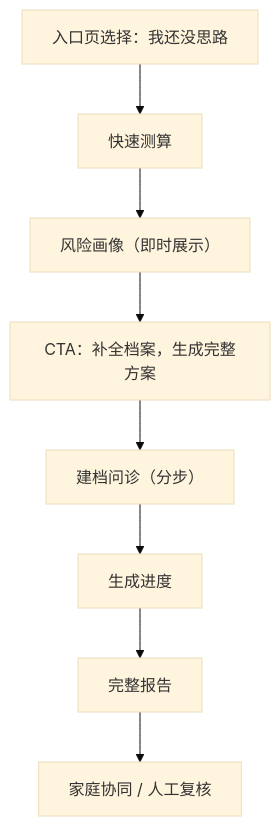
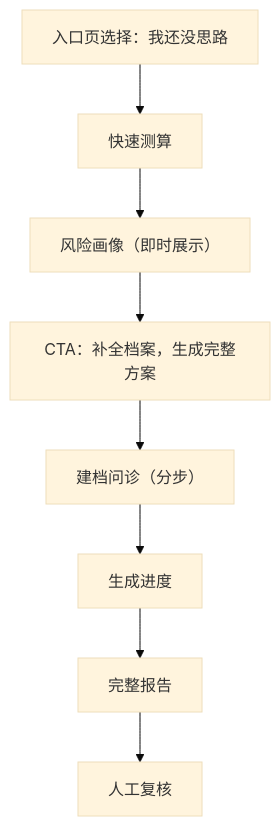
One commit to debugzhao/jin-guide changed the second of 5 diagrams in docs/frontend-prd.md. Above: the diagram before and after it, drawn with Mermaid (base theme). The commit also changed other lines of this file and 2 other files, not shown here.

````diff
--- a/docs/frontend-prd.md
+++ b/docs/frontend-prd.md
@@ -219,10 +220,10 @@
 ```mermaid
 flowchart TD
   A["入口页选择：我还没思路"] --> B["快速测算"]
   B --> C["风险画像（即时展示）"]
   C --> D["CTA：补全档案，生成完整方案"]
   D --> E["建档问诊（分步）"]
   E --> F["生成进度"]
   F --> G["完整报告"]
-  G --> H["家庭协同 / 人工复核"]
+  G --> H["人工复核"]
 ```
````
